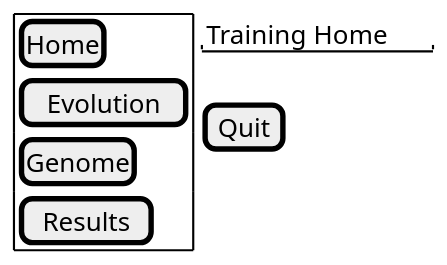
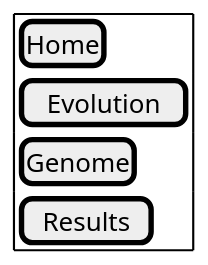
The first of 2 diagrams in apps/src/ui/docs/src/screens/training.md (aortez/dirtsim), drawn with PlantUML before and after one commit. The commit also changed other lines of this file and 64 other files, not shown here.

````diff
--- a/apps/src/ui/docs/src/screens/training.md
+++ b/apps/src/ui/docs/src/screens/training.md
@@ -3,17 +3,15 @@
 ```plantuml
 @startsalt
 scale 1.6
 {
   {+
     [Home]
     [Evolution]
     [Genome]
     [Results]
   } | {
-    "Training Home"
     .
-    [Quit]
   }
 }
 @endsalt
 ```
````
